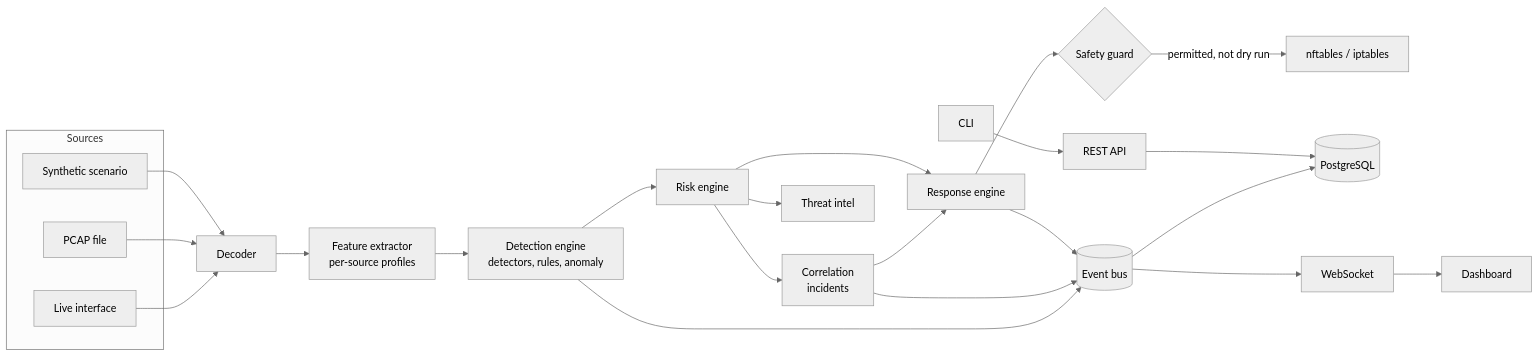
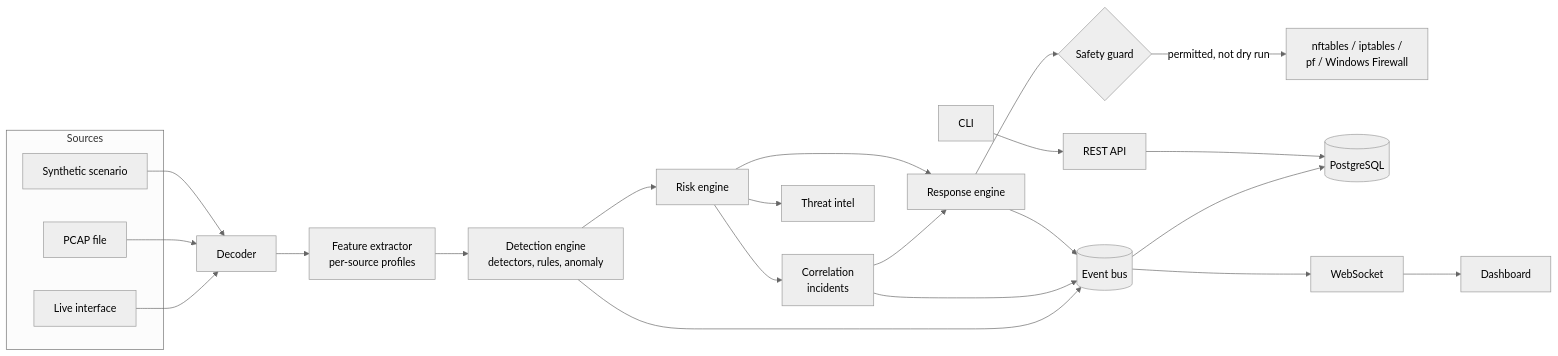
The diagram in README.md (oyinlola-tech/Sentinelx), drawn with Mermaid (neutral theme) before and after one commit. The commit also changed other lines of this file and 129 other files, not shown here.

First line of the commit message:
refactor(core): overhaul platform architecture and enhance security hardening

````diff
--- a/README.md
+++ b/README.md
@@ -64,23 +68,23 @@
 ```mermaid
 flowchart LR
     subgraph Sources
         L[Live interface]
         P[PCAP file]
         S[Synthetic scenario]
     end
     L & P & S --> D[Decoder]
     D --> F[Feature extractor<br/>per-source profiles]
     F --> E[Detection engine<br/>detectors, rules, anomaly]
     E --> R[Risk engine]
     R --> C[Correlation<br/>incidents]
     R --> T[Threat intel]
     C & R --> X[Response engine]
     X --> G{Safety guard}
-    G -->|permitted, not dry run| FW[nftables / iptables]
+    G -->|permitted, not dry run| FW[nftables / iptables /<br/>pf / Windows Firewall]
     E & C & X --> B[(Event bus)]
     B --> DB[(PostgreSQL)]
     B --> WS[WebSocket]
     WS --> UI[Dashboard]
     API[REST API] --> DB
     CLI[CLI] --> API
 ```
````
